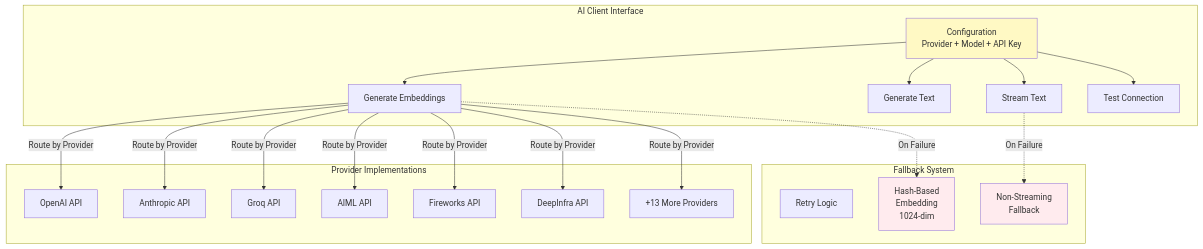
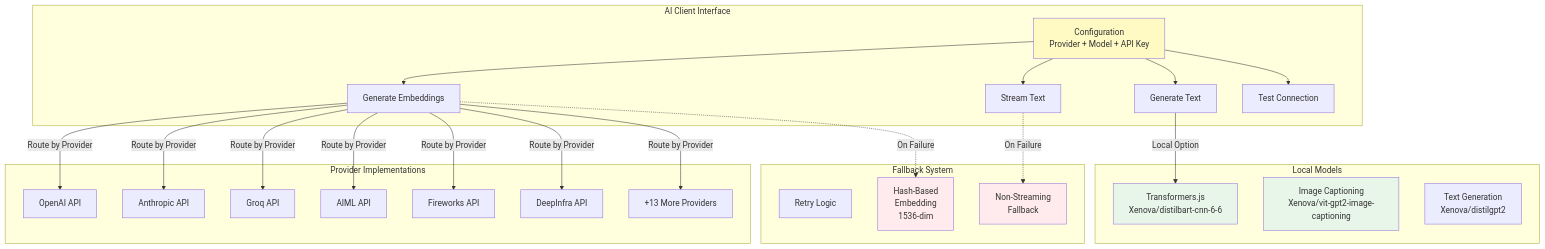
Before and after one commit to Kedhareswer/QuantumPDF_ChatApp_VectorDB: the fourth of 16 diagrams in docs/ARCHITECTURE_FLOWS.md, drawn with Mermaid. The commit also changed other lines of this file and 58 other files, not shown here.

````diff
--- a/docs/ARCHITECTURE_FLOWS.md
+++ b/docs/ARCHITECTURE_FLOWS.md
@@ -159,46 +197,55 @@
 ```mermaid
 graph TB
     subgraph "AI Client Interface"
         CONFIG[Configuration<br/>Provider + Model + API Key]
         GEN[Generate Embeddings]
         CHAT[Generate Text]
         STREAM[Stream Text]
         TEST[Test Connection]
     end
 
     subgraph "Provider Implementations"
         OAI[OpenAI API]
         ANT[Anthropic API]
         GROQ[Groq API]
         AIML[AIML API]
         FW[Fireworks API]
         DI[DeepInfra API]
         OTHERS[+13 More Providers]
     end
 
+    subgraph "Local Models"
+        TFJS[Transformers.js<br/>Xenova/distilbart-cnn-6-6]
+        CAPTION[Image Captioning<br/>Xenova/vit-gpt2-image-captioning]
+        TEXTGEN[Text Generation<br/>Xenova/distilgpt2]
+    end
+
     subgraph "Fallback System"
         RETRY[Retry Logic]
-        HASHEMB[Hash-Based<br/>Embedding<br/>1024-dim]
+        HASHEMB[Hash-Based<br/>Embedding<br/>1536-dim]
         NOSTREAM[Non-Streaming<br/>Fallback]
     end
 
     CONFIG --> GEN
     CONFIG --> CHAT
     CONFIG --> STREAM
     CONFIG --> TEST
 
     GEN -->|Route by Provider| OAI
     GEN -->|Route by Provider| ANT
     GEN -->|Route by Provider| GROQ
     GEN -->|Route by Provider| AIML
     GEN -->|Route by Provider| FW
     GEN -->|Route by Provider| DI
     GEN -->|Route by Provider| OTHERS
 
     GEN -.->|On Failure| HASHEMB
     STREAM -.->|On Failure| NOSTREAM
+    CHAT -->|Local Option| TFJS
 
     style CONFIG fill:#fff9c4
     style HASHEMB fill:#ffebee
     style NOSTREAM fill:#ffebee
+    style TFJS fill:#e8f5e9
+    style CAPTION fill:#e8f5e9
 ```
````
